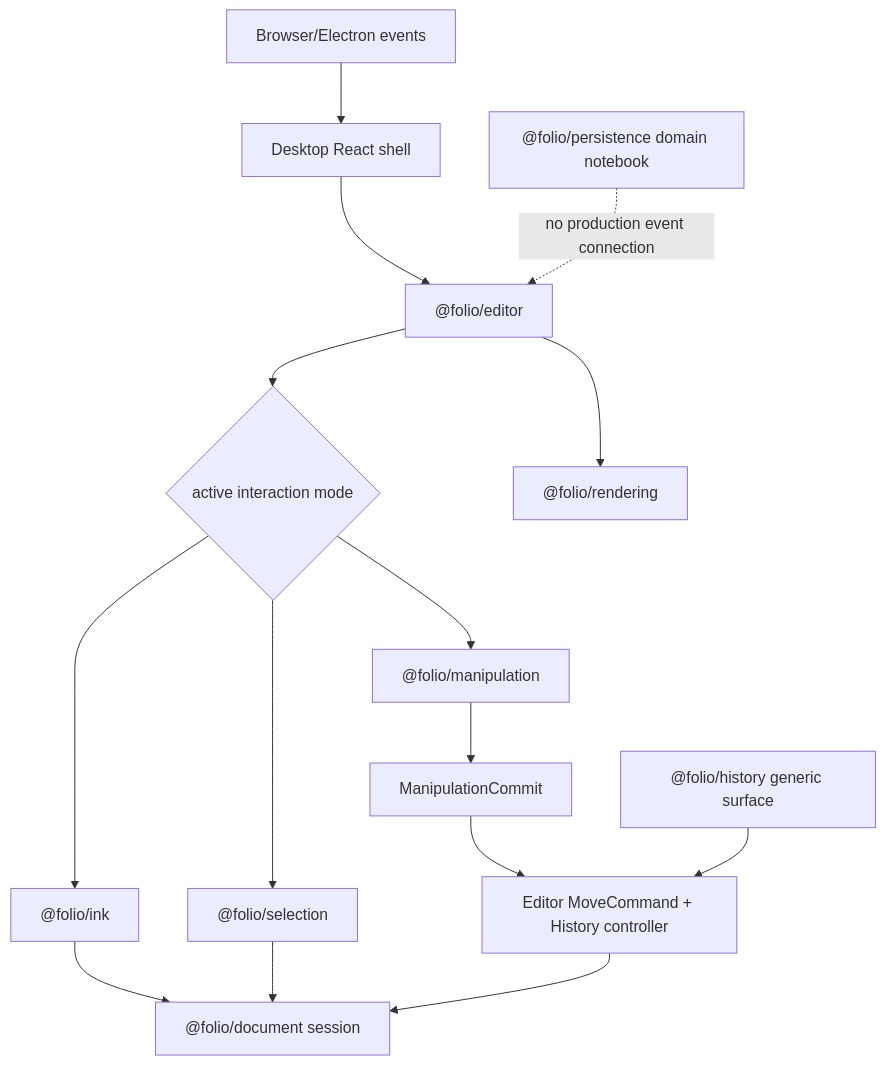
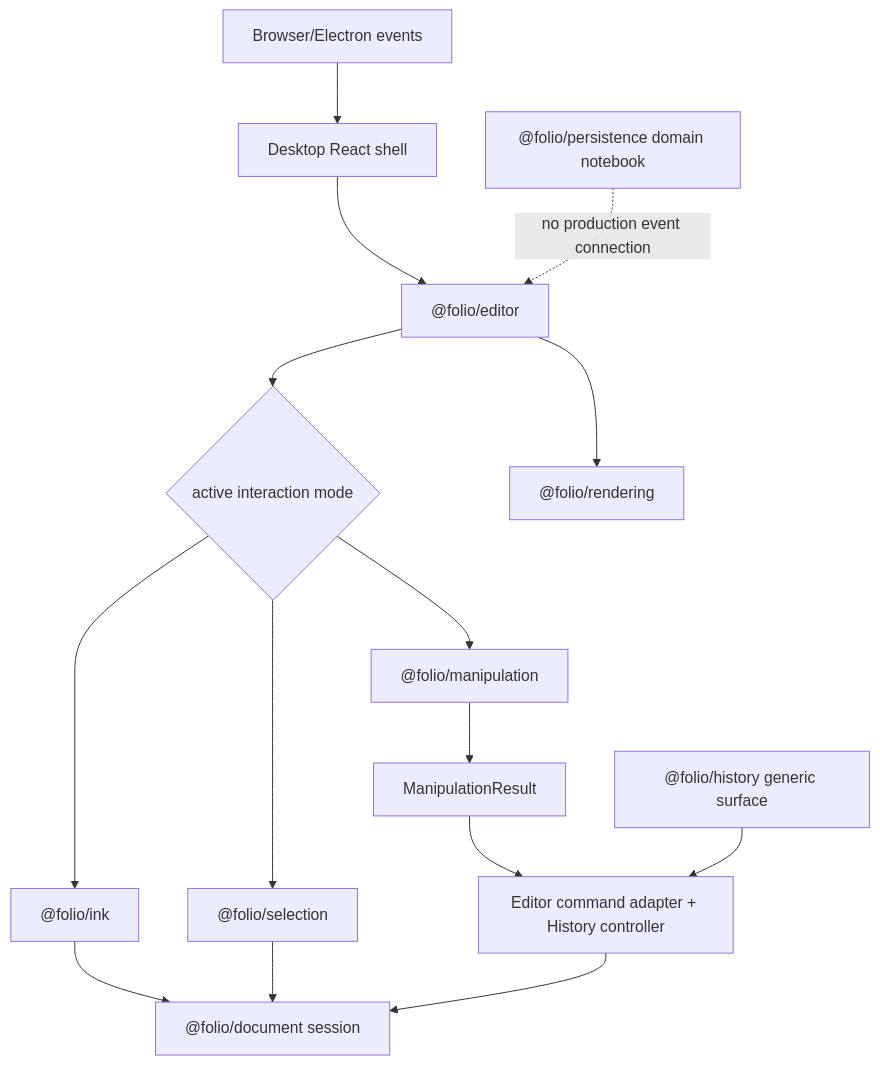
One commit to ritikpandey1981/digital-notes changed diagram 33 of 45 in docs/architecture/FOLIO_ARCHITECTURE_REFERENCE_MANUAL.md. Above: the diagram before and after it, drawn with Mermaid. The commit also changed other lines of this file and 75 other files, not shown here.

````diff
--- a/docs/architecture/FOLIO_ARCHITECTURE_REFERENCE_MANUAL.md
+++ b/docs/architecture/FOLIO_ARCHITECTURE_REFERENCE_MANUAL.md
@@ -2114,17 +2172,17 @@
 ```mermaid
 flowchart TD
     Browser["Browser/Electron events"] --> Desktop["Desktop React shell"]
     Desktop --> Editor["@folio/editor"]
     Editor --> InputChoice{"active interaction mode"}
     InputChoice --> Ink["@folio/ink"]
     InputChoice --> Selection["@folio/selection"]
     InputChoice --> Manipulation["@folio/manipulation"]
     Ink --> Document["@folio/document session"]
     Selection --> Document
-    Manipulation --> Commit["ManipulationCommit"]
-    Commit --> EditorHistory["Editor MoveCommand + History controller"]
+    Manipulation --> Result["ManipulationResult"]
+    Result --> EditorHistory["Editor command adapter + History controller"]
     EditorHistory --> Document
     Editor --> Rendering["@folio/rendering"]
     History["@folio/history generic surface"] --> EditorHistory
     Persistence["@folio/persistence domain notebook"] -. "no production event connection" .-> Editor
 ```
````
